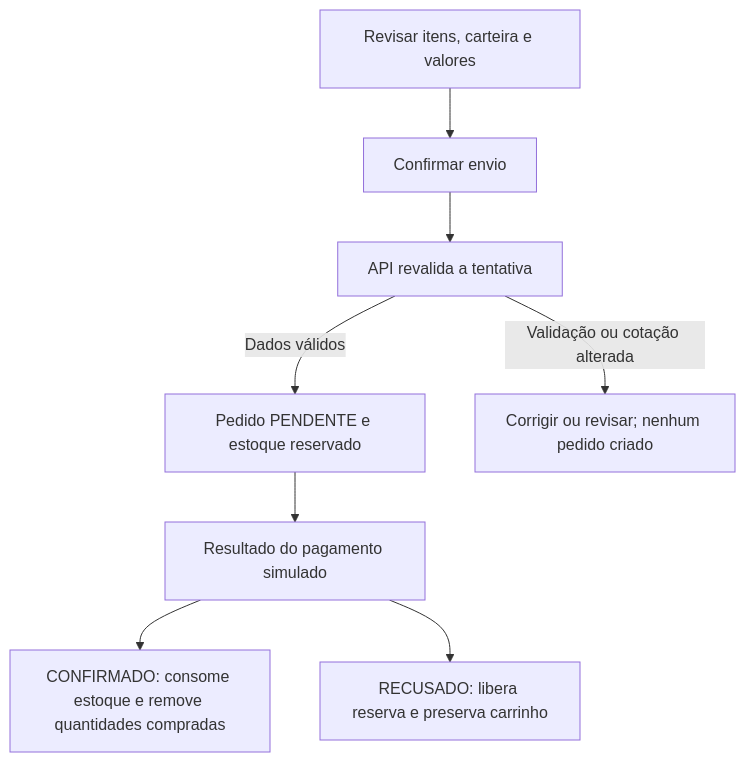
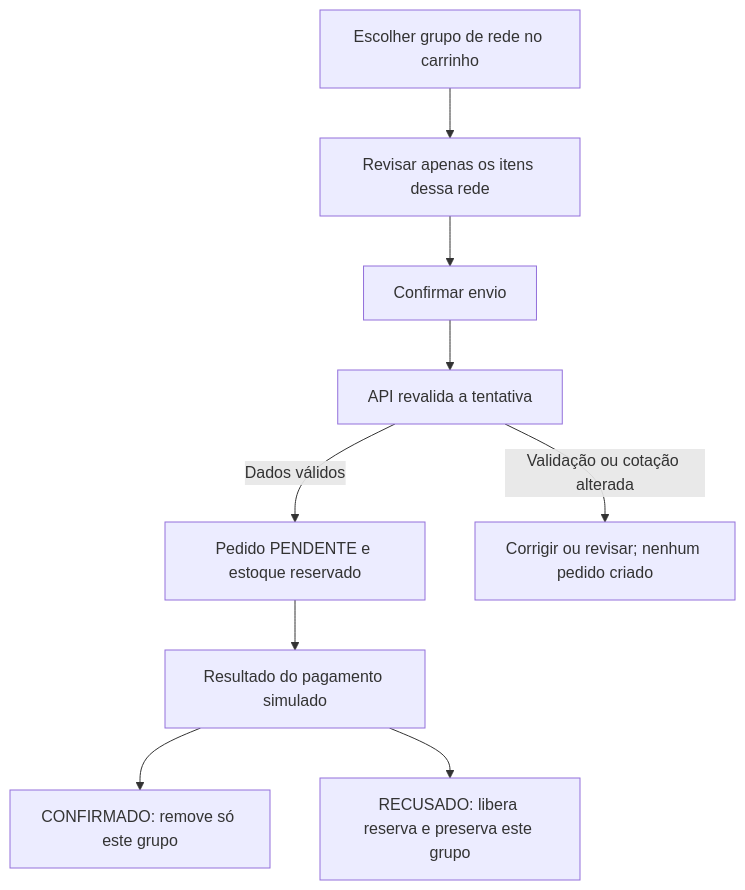
The first of 5 diagrams in docs/FLOWS.md (bernbecht/jungle-gaming-code-challenge), drawn with Mermaid before and after one commit. The commit also changed other lines of this file and 19 other files, not shown here.

````diff
--- a/docs/FLOWS.md
+++ b/docs/FLOWS.md
@@ -39,10 +42,11 @@
 ```mermaid
 flowchart TD
-    A[Revisar itens, carteira e valores] --> B[Confirmar envio]
-    B --> C[API revalida a tentativa]
-    C -->|Dados válidos| D[Pedido PENDENTE e estoque reservado]
-    C -->|Validação ou cotação alterada| E[Corrigir ou revisar; nenhum pedido criado]
-    D --> F[Resultado do pagamento simulado]
-    F --> G[CONFIRMADO: consome estoque e remove quantidades compradas]
-    F --> H[RECUSADO: libera reserva e preserva carrinho]
+    A[Escolher grupo de rede no carrinho] --> B[Revisar apenas os itens dessa rede]
+    B --> C[Confirmar envio]
+    C --> D[API revalida a tentativa]
+    D -->|Dados válidos| E[Pedido PENDENTE e estoque reservado]
+    D -->|Validação ou cotação alterada| F[Corrigir ou revisar; nenhum pedido criado]
+    E --> G[Resultado do pagamento simulado]
+    G --> H[CONFIRMADO: remove só este grupo]
+    G --> I[RECUSADO: libera reserva e preserva este grupo]
 ```
````
